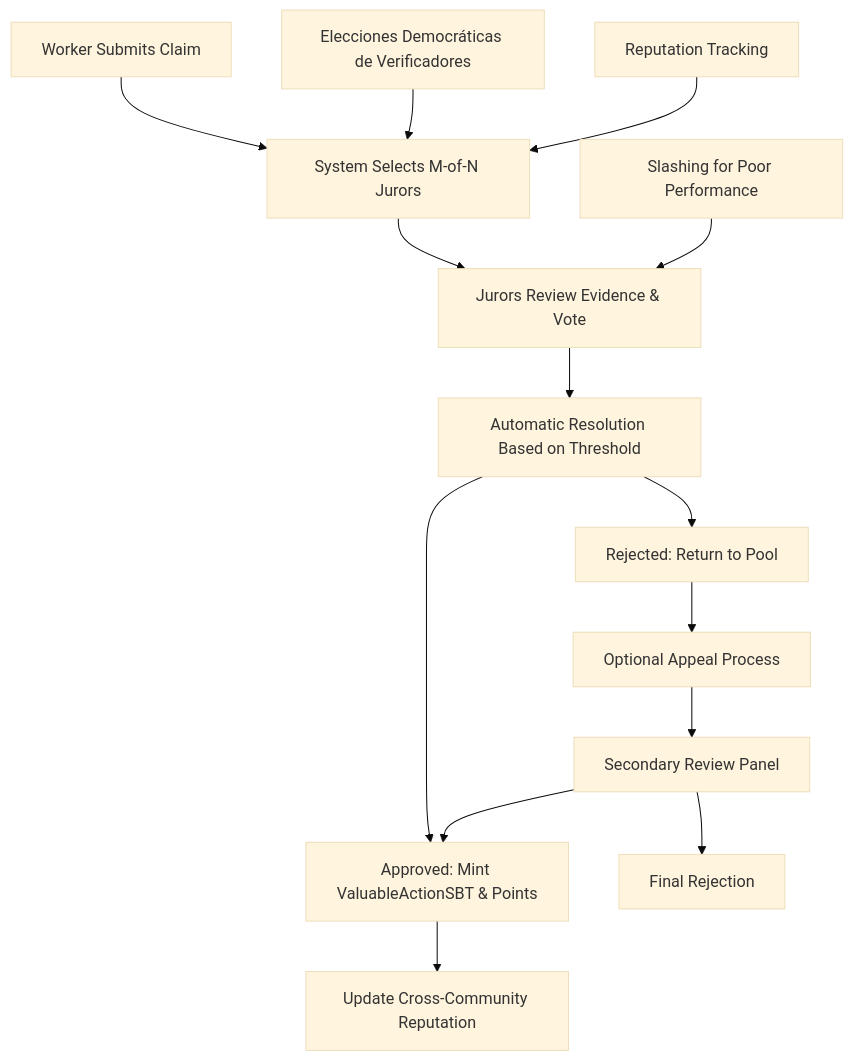
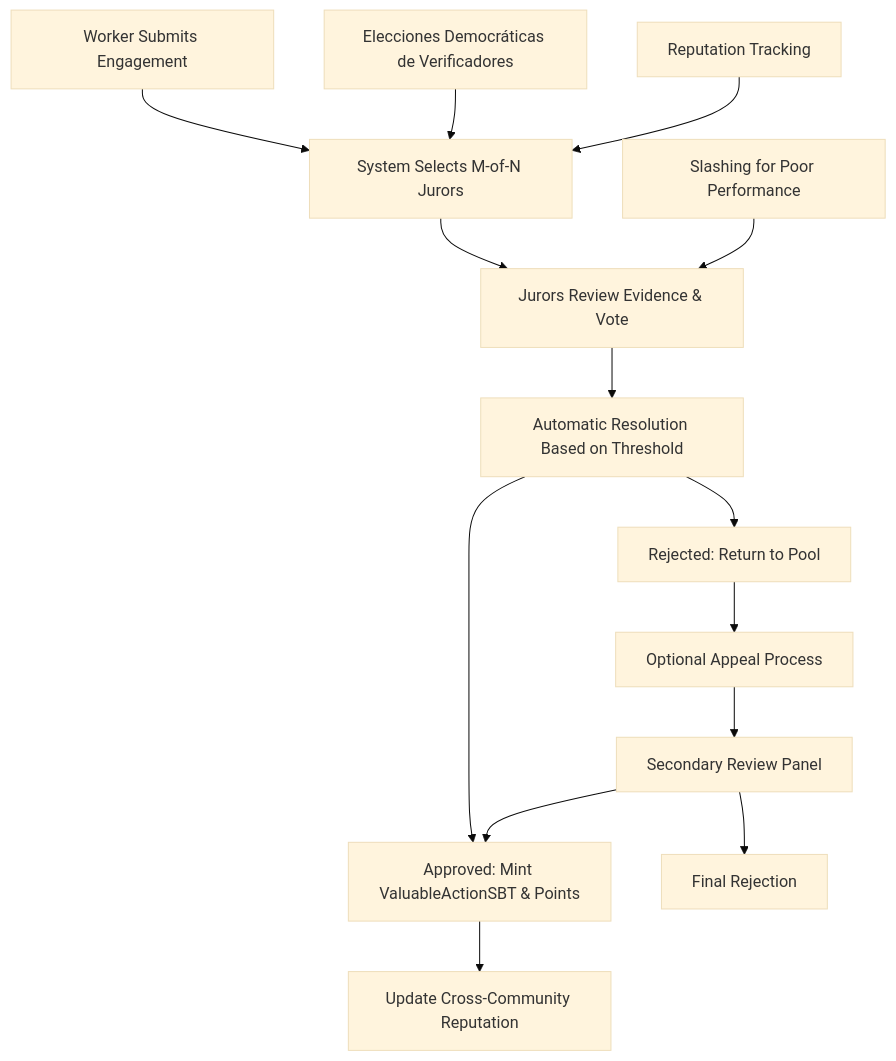
The second of 3 diagrams in docs/ES/Architecture.md (Nevtep/shift-desoc), drawn with Mermaid (base theme) before and after one commit. The commit also changed other lines of this file and 11 other files, not shown here.

````diff
--- a/docs/ES/Architecture.md
+++ b/docs/ES/Architecture.md
@@ -264,17 +266,17 @@
 ```mermaid
 graph TD
-    A[Worker Submits Claim] --> B[System Selects M-of-N Jurors]
+    A[Worker Submits Engagement] --> B[System Selects M-of-N Jurors]
     B --> C[Jurors Review Evidence & Vote]
     C --> D[Automatic Resolution Based on Threshold]
     D --> E[Approved: Mint ValuableActionSBT & Points]
     D --> F[Rejected: Return to Pool]
     E --> G[Update Cross-Community Reputation]
     F --> H[Optional Appeal Process]
     H --> I[Secondary Review Panel]
     I --> E
     I --> J[Final Rejection]
 
     K[Elecciones Democráticas de Verificadores] --> B
     L[Reputation Tracking] --> B
     M[Slashing for Poor Performance] --> C
 ```
````
